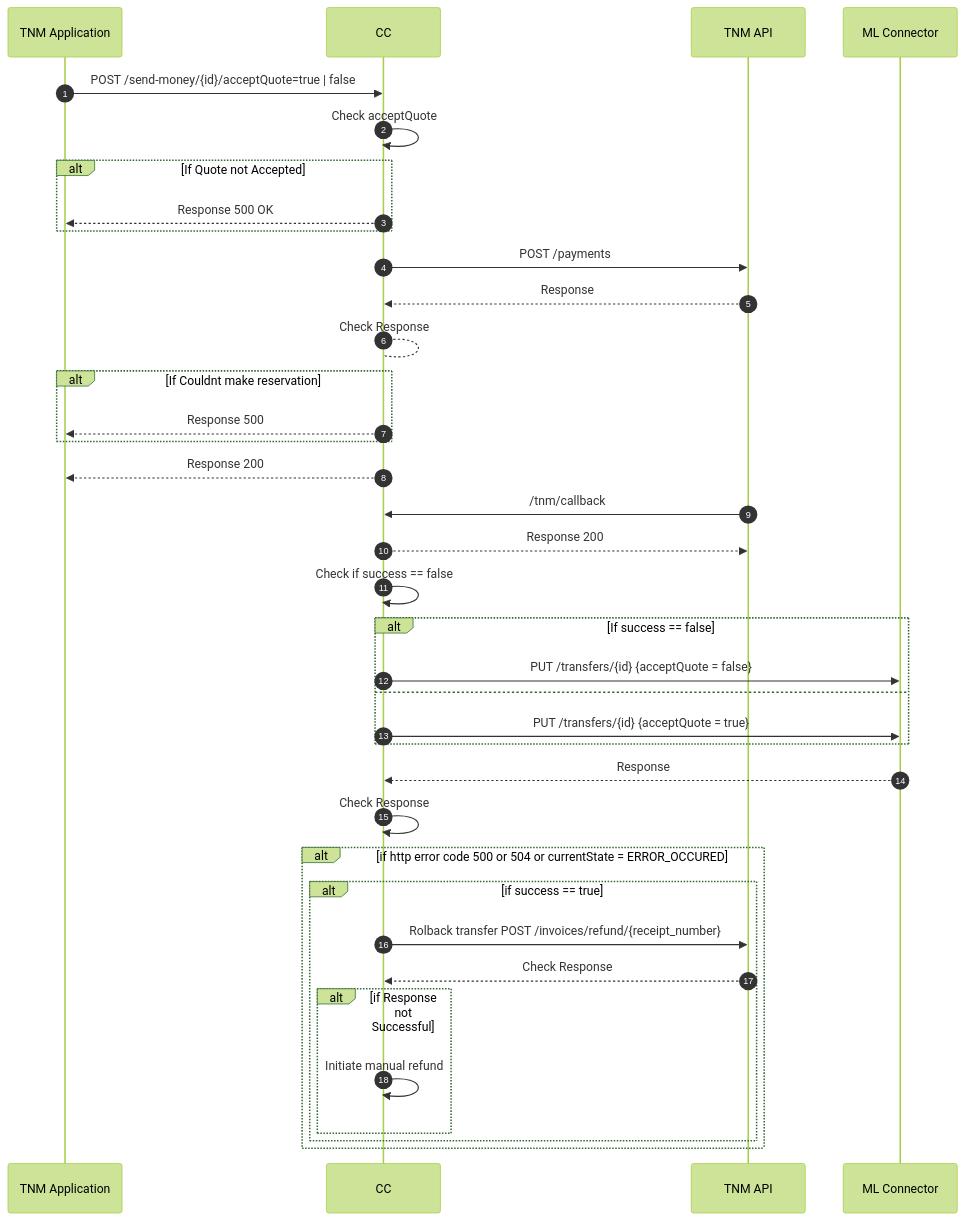
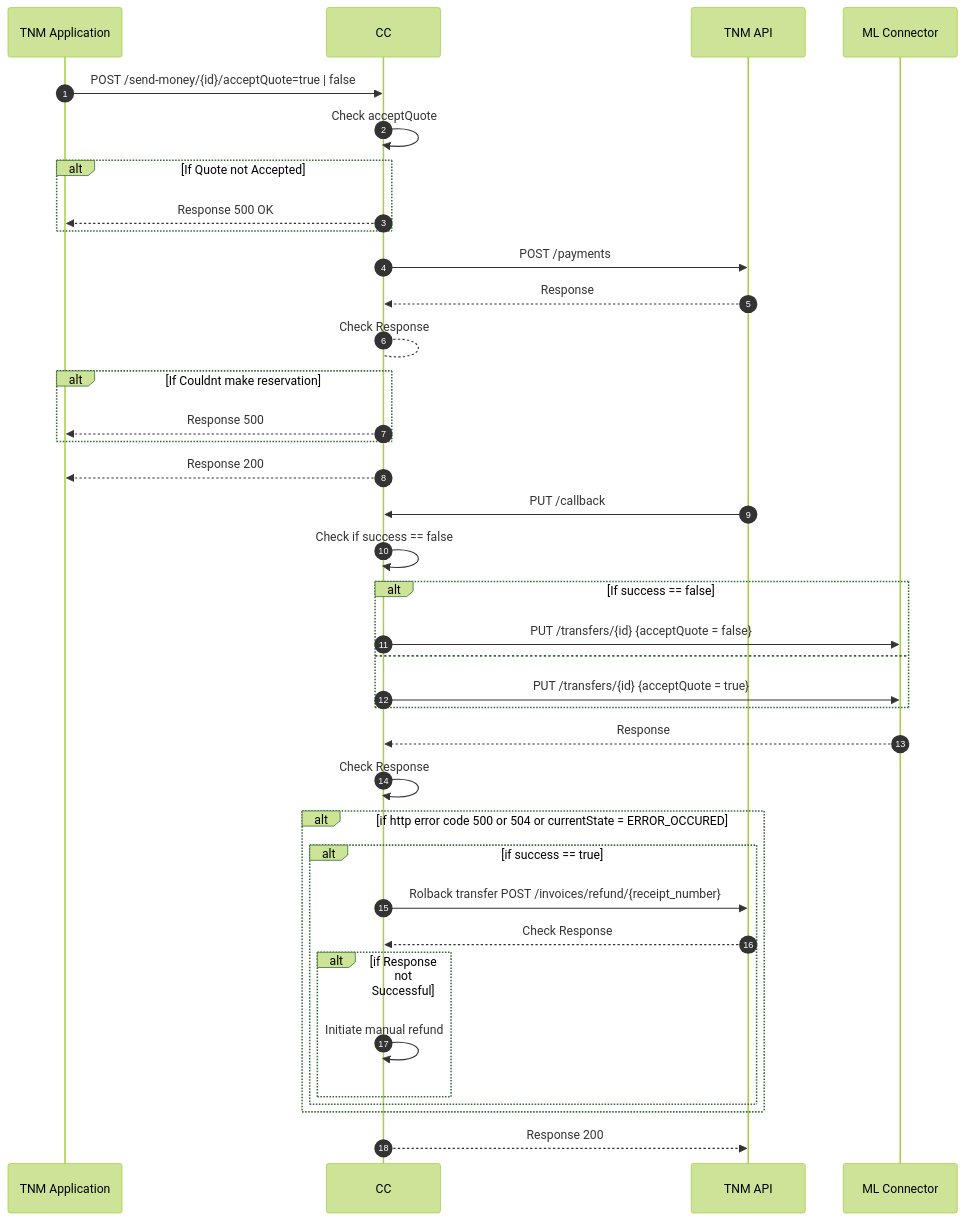
Before and after one commit to mojaloop/ml-reference-connectors: the diagram in tnm-mw-core-connector/docs/payer_send_money_update_cb.md, drawn with Mermaid (forest theme).

Commit message:
docs: updated design for send-money

````diff
--- a/tnm-mw-core-connector/docs/payer_send_money_update_cb.md
+++ b/tnm-mw-core-connector/docs/payer_send_money_update_cb.md
@@ -1,36 +1,36 @@
 ```mermaid
 sequenceDiagram
   autoNumber
   TNM Application->>CC: POST /send-money/{id}/acceptQuote=true | false
   CC->>CC: Check acceptQuote
   Alt If Quote not Accepted
   CC-->>TNM Application: Response 500 OK
   End
   CC->>TNM API:POST /payments
   TNM API-->>CC:Response
   CC-->CC: Check Response
   Alt If Couldnt make reservation
   CC-->>TNM Application: Response 500
   End
   CC-->>TNM Application: Response 200
-  TNM API->>CC: /tnm/callback
-  CC-->>TNM API: Response 200
+  TNM API->>CC: PUT /callback
   CC->>CC: Check if success == false
   Alt If success == false
   CC->>ML Connector:PUT  /transfers/{id} {acceptQuote = false}
   Else
   CC->>ML Connector:PUT  /transfers/{id} {acceptQuote = true}
   End
   ML Connector -->> CC: Response
   CC->>CC: Check Response
   Alt if http error code 500 or 504 or currentState = ERROR_OCCURED
   Alt if success == true
   CC->>TNM API : Rolback transfer POST /invoices/refund/{receipt_number}
   TNM API-->>CC:Check Response
   Alt if Response not Successful
   CC->>CC: Initiate manual refund
   End
   End
   End
+   CC-->>TNM API: Response 200
 
 ```
````
